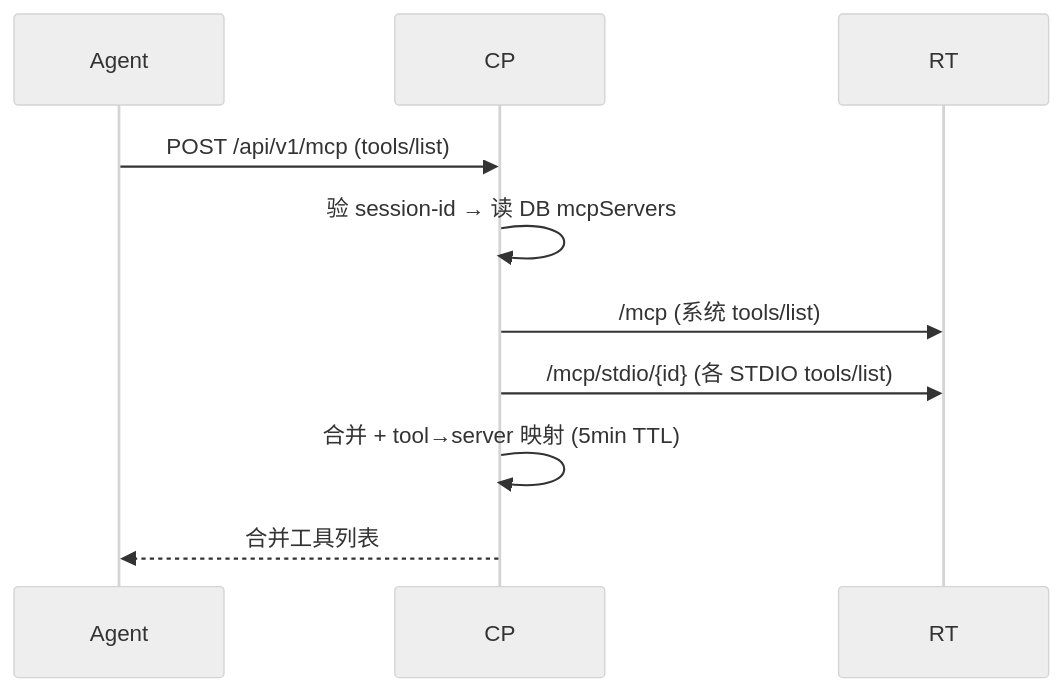
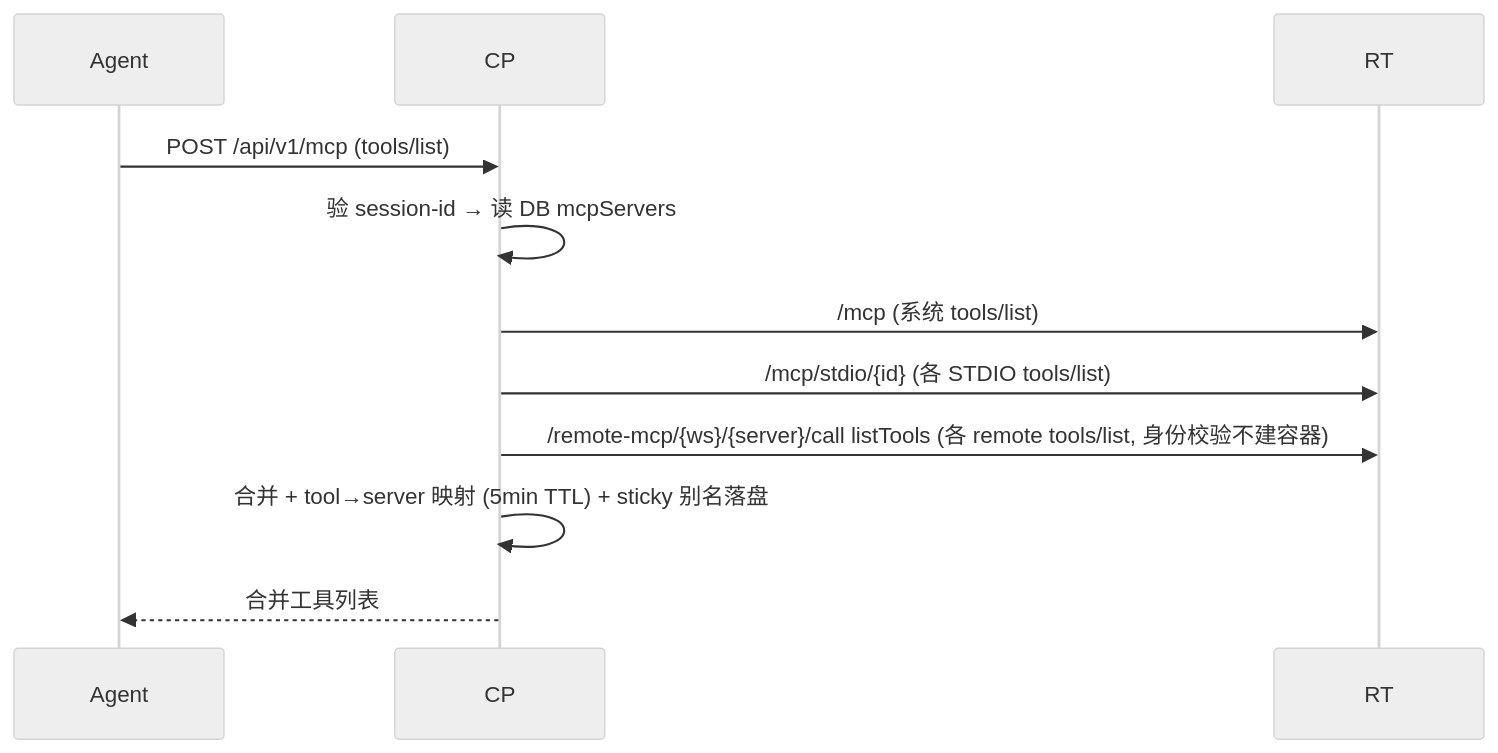
Before and after one commit to cc01cc/xihe-project: the second of 3 diagrams in docs/i18n/zh-Hans/DEV-016-mcp-architecture.md, drawn with Mermaid. The commit also changed other lines of this file and 6 other files, not shown here.

````diff
--- a/docs/i18n/zh-Hans/DEV-016-mcp-architecture.md
+++ b/docs/i18n/zh-Hans/DEV-016-mcp-architecture.md
@@ -59,10 +59,11 @@
 ```mermaid
 %%{init: {'theme': 'neutral'}}%%
 sequenceDiagram
   Agent->>CP: POST /api/v1/mcp (tools/list)
   CP->>CP: 验 session-id → 读 DB mcpServers
   CP->>RT: /mcp (系统 tools/list)
   CP->>RT: /mcp/stdio/{id} (各 STDIO tools/list)
-  CP->>CP: 合并 + tool→server 映射 (5min TTL)
+  CP->>RT: /remote-mcp/{ws}/{server}/call listTools (各 remote tools/list, 身份校验不建容器)
+  CP->>CP: 合并 + tool→server 映射 (5min TTL) + sticky 别名落盘
   CP-->>Agent: 合并工具列表
 ```
````
